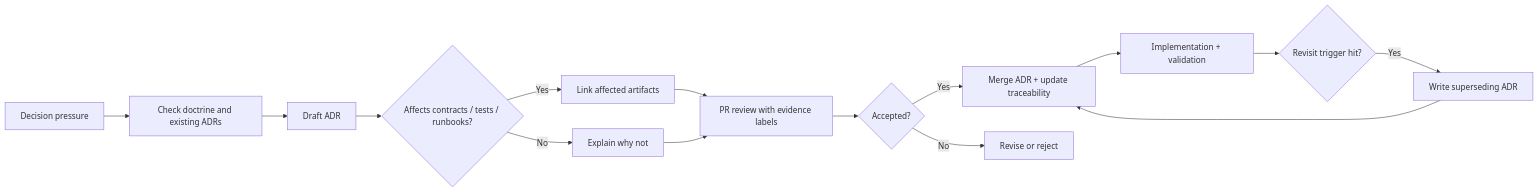
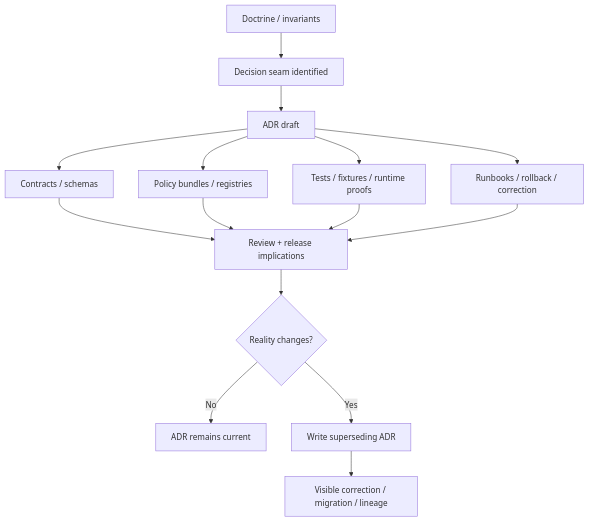
The diagram in docs/adr/README.md (bartytime4life/Kansas-Frontier-Matrix), drawn with Mermaid before and after one commit. The commit also changed other lines of this file, not shown here.

````diff
--- a/docs/adr/README.md
+++ b/docs/adr/README.md
@@ -215,17 +253,17 @@
 ```mermaid
-flowchart LR
-    A[Decision pressure] --> B[Check doctrine and existing ADRs]
-    B --> C[Draft ADR]
-    C --> D{Affects contracts / tests / runbooks?}
-    D -->|Yes| E[Link affected artifacts]
-    D -->|No| F[Explain why not]
-    E --> G[PR review with evidence labels]
-    F --> G
-    G --> H{Accepted?}
-    H -->|Yes| I[Merge ADR + update traceability]
-    H -->|No| J[Revise or reject]
-    I --> K[Implementation + validation]
-    K --> L{Revisit trigger hit?}
-    L -->|Yes| M[Write superseding ADR]
-    M --> I
+flowchart TD
+    A[Doctrine / invariants] --> B[Decision seam identified]
+    B --> C[ADR draft]
+    C --> D[Contracts / schemas]
+    C --> E[Policy bundles / registries]
+    C --> F[Tests / fixtures / runtime proofs]
+    C --> G[Runbooks / rollback / correction]
+    D --> H[Review + release implications]
+    E --> H
+    F --> H
+    G --> H
+    H --> I{Reality changes?}
+    I -->|No| J[ADR remains current]
+    I -->|Yes| K[Write superseding ADR]
+    K --> L[Visible correction / migration / lineage]
 ```
````
